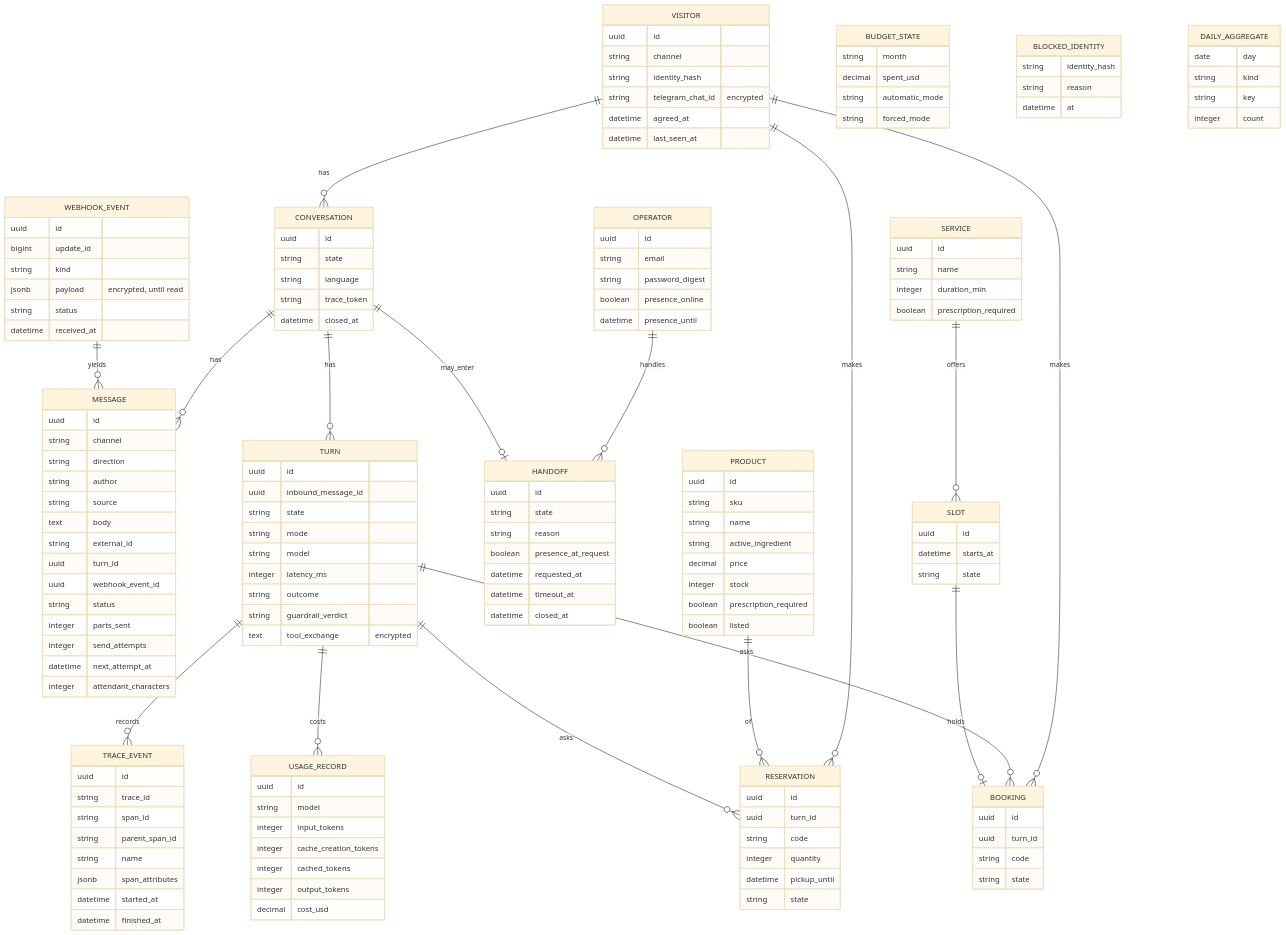
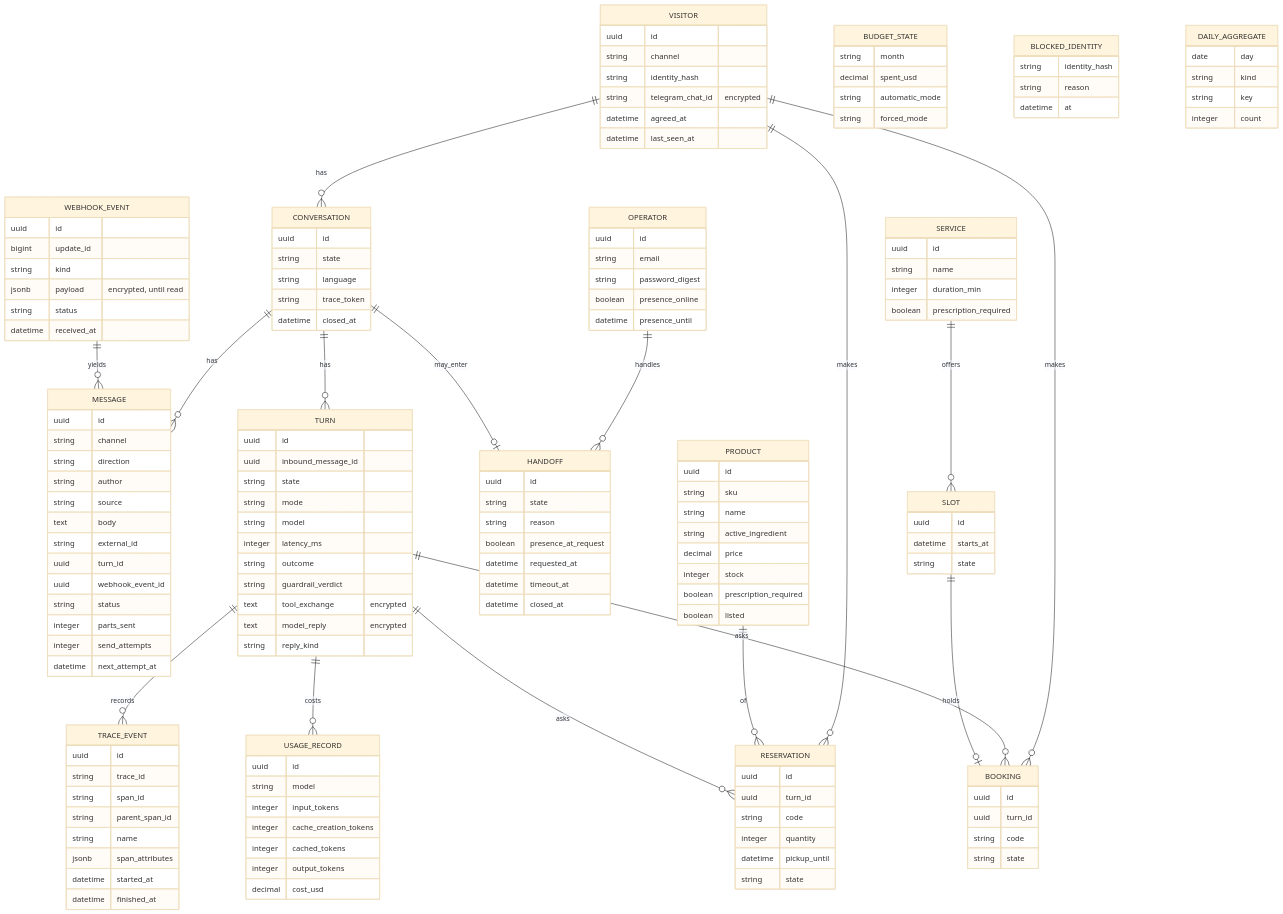
One commit to rafa-el-souza/balcao changed the third of 3 diagrams in docs/design.md. Above: the diagram before and after it, drawn with Mermaid (base theme). The commit also changed other lines of this file and 2 other files, not shown here.

First line of the commit message:
docs(design): the history's shape the owner chose, the probes that measured it, the review and the full run in M2-11a's note; FR-04, FR-20, §6.5 and the threat model as built (FR-04, FR-20, SR-21, SR-41; review finding V1 of the third verifier on pull request #60)

```diff
--- a/docs/design.md
+++ b/docs/design.md
@@ -1363,7 +1368,6 @@
     integer parts_sent
     integer send_attempts
     datetime next_attempt_at
-    integer attendant_characters
   }
   TURN {
     uuid id
@@ -1375,6 +1379,8 @@
     string outcome
     string guardrail_verdict
     text tool_exchange "encrypted"
+    text model_reply "encrypted"
+    string reply_kind
   }
   WEBHOOK_EVENT {
     uuid id
```
